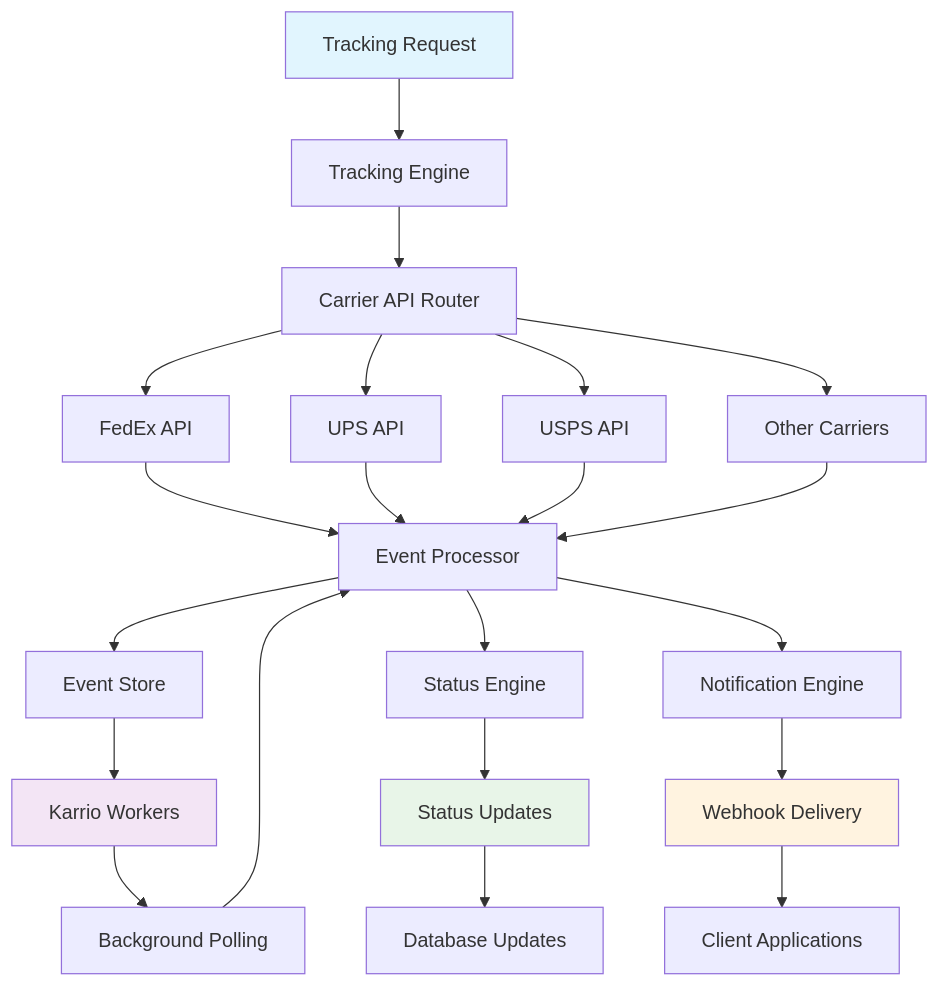
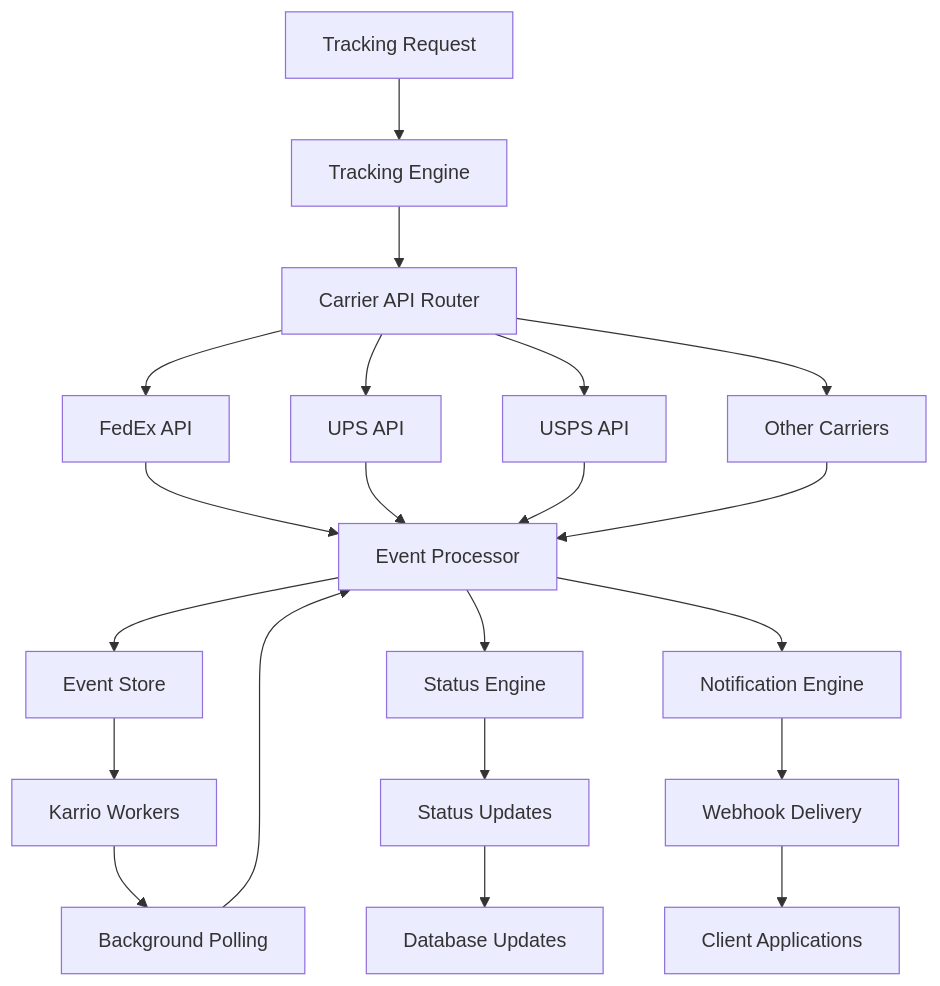
The diagram in apps/web/src/app/docs/products/tracking/page.mdx (karrioapi/karrio), drawn with Mermaid before and after one commit. The commit also changed 34 other files, not shown here.

````diff
--- a/apps/web/src/app/docs/products/tracking/page.mdx
+++ b/apps/web/src/app/docs/products/tracking/page.mdx
@@ -75,34 +75,31 @@
 ```mermaid
 flowchart TD
     A[Tracking Request] --> B[Tracking Engine]
     B --> C[Carrier API Router]
 
     C --> D[FedEx API]
     C --> E[UPS API]
     C --> F[USPS API]
     C --> G[Other Carriers]
 
     D --> H[Event Processor]
     E --> H
     F --> H
     G --> H
 
     H --> I[Event Store]
     H --> J[Status Engine]
     H --> K[Notification Engine]
 
     J --> L[Status Updates]
     K --> M[Webhook Delivery]
 
     I --> N[Karrio Workers]
     N --> O[Background Polling]
     O --> H
 
     M --> P[Client Applications]
     L --> Q[Database Updates]
 
-    style A fill:#e1f5fe
-    style L fill:#e8f5e8
-    style M fill:#fff3e0
-    style N fill:#f3e5f5
+    
 ```
````
